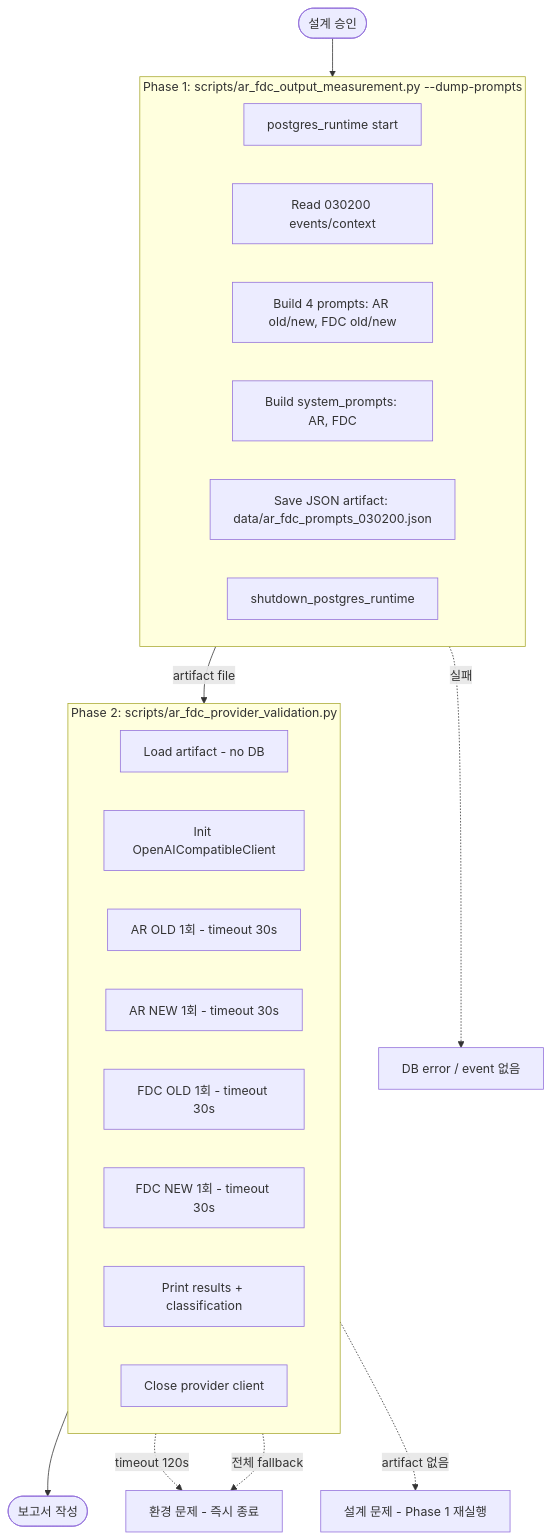
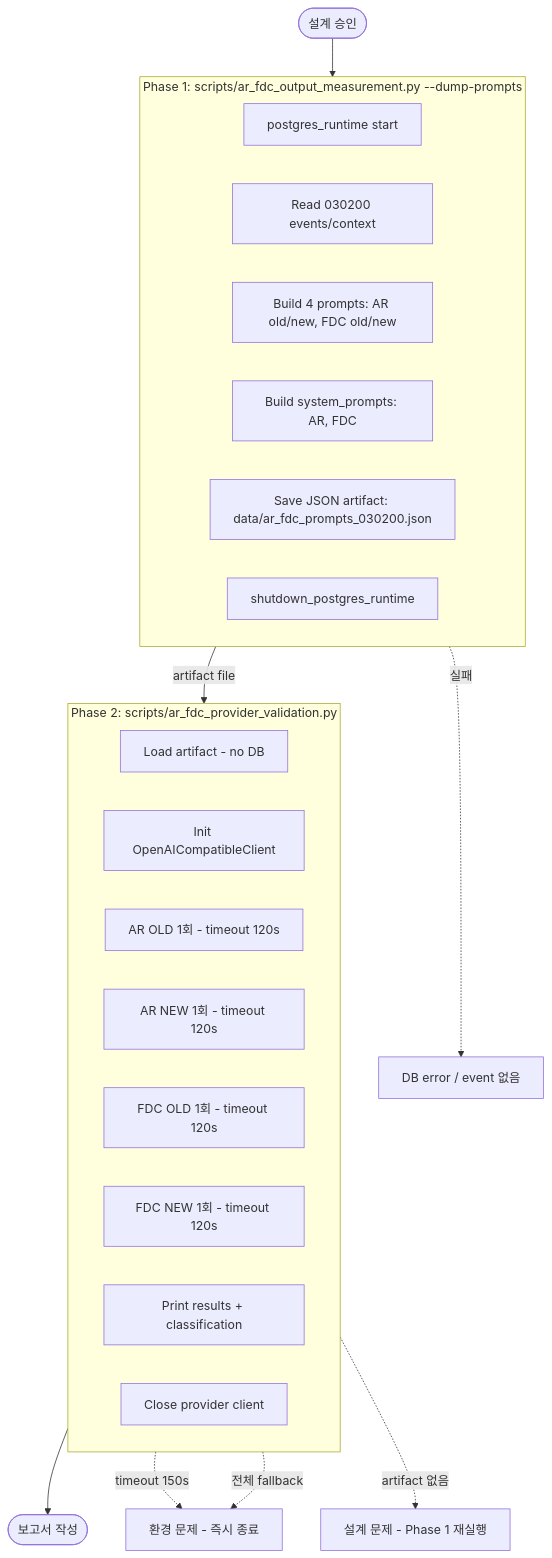
One commit to BenJLeeKR/trading_agent changed the diagram in plans/ar_fdc_provider_2phase_design.md. Above: the diagram before and after it, drawn with Mermaid. The commit also changed other lines of this file and 5 other files, not shown here.

````diff
--- a/plans/ar_fdc_provider_2phase_design.md
+++ b/plans/ar_fdc_provider_2phase_design.md
@@ -518,33 +715,33 @@
 ```mermaid
 flowchart TD
     Start([설계 승인]) --> Phase1[Phase 1: DB Fetch + Prompt Materialization]
     
     subgraph Phase1 [Phase 1: scripts/ar_fdc_output_measurement.py --dump-prompts]
         P1_1[postgres_runtime start]
         P1_2[Read 030200 events/context]
         P1_3[Build 4 prompts: AR old/new, FDC old/new]
         P1_4[Build system_prompts: AR, FDC]
         P1_5[Save JSON artifact: data/ar_fdc_prompts_030200.json]
         P1_6[shutdown_postgres_runtime]
     end
     
     Phase1 --> |artifact file| Phase2
     
     subgraph Phase2 [Phase 2: scripts/ar_fdc_provider_validation.py]
         P2_1[Load artifact - no DB]
         P2_2[Init OpenAICompatibleClient]
-        P2_3[AR OLD 1회 - timeout 30s]
-        P2_4[AR NEW 1회 - timeout 30s]
-        P2_5[FDC OLD 1회 - timeout 30s]
-        P2_6[FDC NEW 1회 - timeout 30s]
+        P2_3[AR OLD 1회 - timeout 120s]
+        P2_4[AR NEW 1회 - timeout 120s]
+        P2_5[FDC OLD 1회 - timeout 120s]
+        P2_6[FDC NEW 1회 - timeout 120s]
         P2_7[Print results + classification]
         P2_8[Close provider client]
     end
     
     Phase2 --> Report([보고서 작성])
     
     Phase1 -.-> |실패| Fail1[DB error / event 없음]
-    Phase2 -.-> |timeout 120s| Fail2[환경 문제 - 즉시 종료]
+    Phase2 -.-> |timeout 150s| Fail2[환경 문제 - 즉시 종료]
     Phase2 -.-> |전체 fallback| Fail2
     Phase2 -.-> |artifact 없음| Fail3[설계 문제 - Phase 1 재실행]
 ```
````
